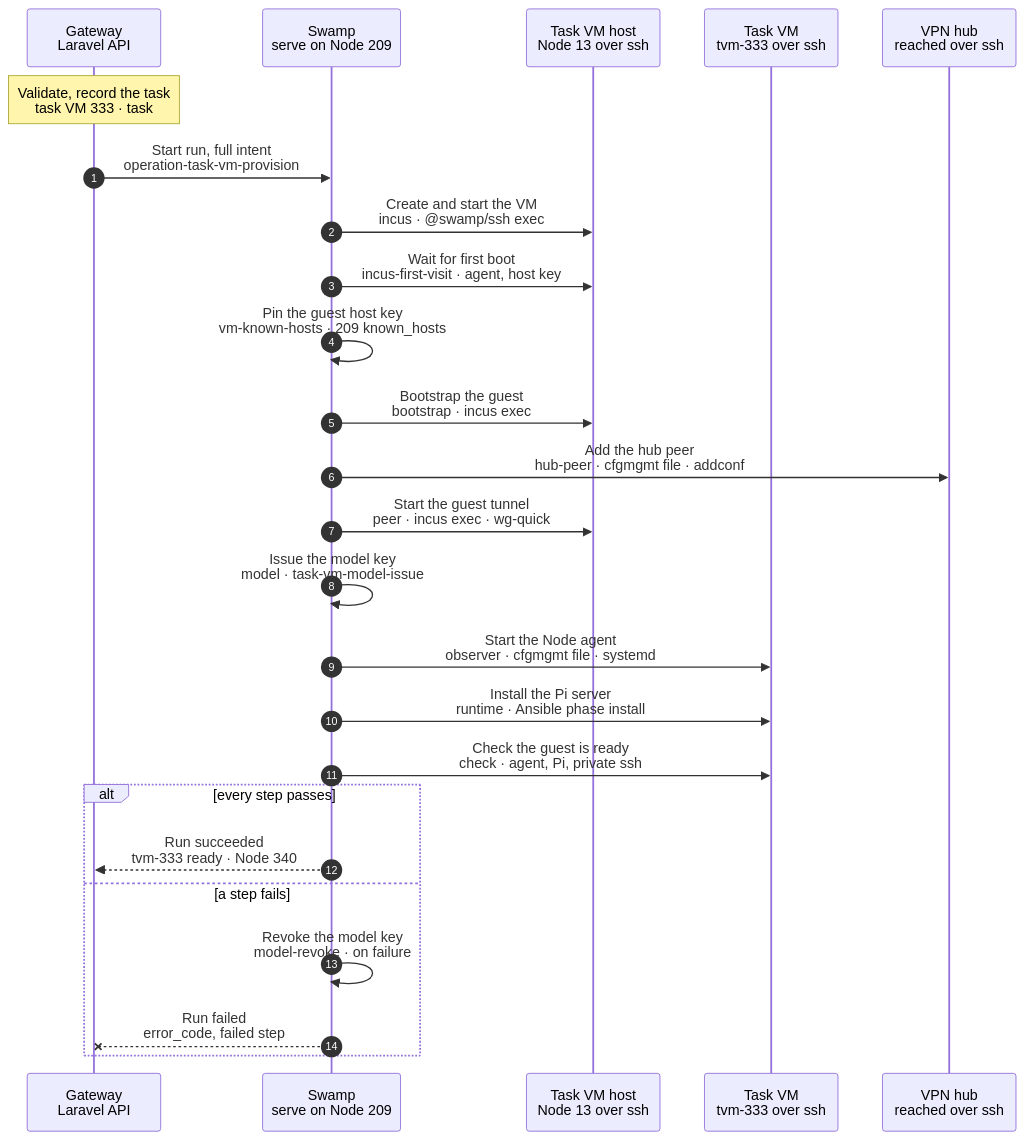
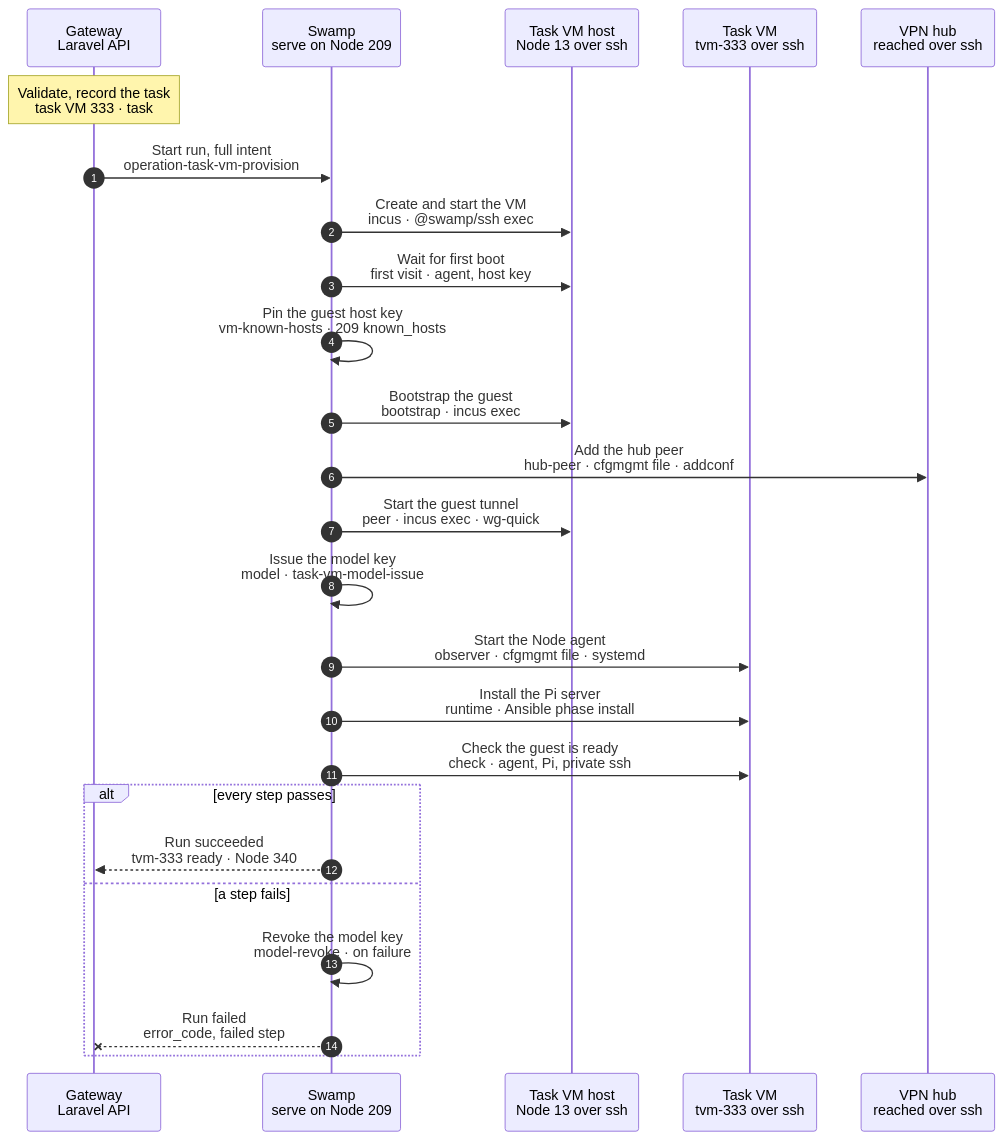
The diagram in docs/cli/tasks/vm-provision.mmd (hardimpactdev/orbit), drawn with Mermaid before and after one commit.

Commit message:
docs(task-vms): keep the first-visit label short

```diff
--- a/docs/cli/tasks/vm-provision.mmd
+++ b/docs/cli/tasks/vm-provision.mmd
@@ -1,131 +1,131 @@
 sequenceDiagram
   %% Target design: swamp/workflows/workflow-operation-task-vm-provision.yaml (+ task-vm-provision, provider-incus, incus-first-visit, enrollment, ssh-prepare, model-issue, runtime children), docs/reference/compute-drivers.md, docs/reference/task-vm-native-provision.md, docs/reference/tasks.md, DECISIONS R1-R4.
   %% Tightened: flow-tighten 2026-11-02, rules 1, 2, 3, 6, 9, 14, 15, 16, 18, 19, 20, 22 (provider, first boot, bootstrap and peer steps merged; no input-check, decode or report steps; cfgmgmt on the pinned guest; one end check).
   %% status: draft
   %% command: none · task VM claim for a task group
   %% kind: task_vm.provision
   autonumber
   %% lane GW icon=gateway pill=intent tone=blue
   %% lane SW icon=workflow pill=executes tone=green
   %% lane H icon=server pill=target tone=amber
   %% lane VM icon=server pill=target tone=purple
   %% lane HUB icon=server pill=target tone=purple
   participant GW as Gateway<br/>Laravel API
   participant SW as Swamp<br/>serve on Node 209
   participant H as Task VM host<br/>Node 13 over ssh
   participant VM as Task VM<br/>tvm-333 over ssh
   participant HUB as VPN hub<br/>reached over ssh
   Note over GW: Validate, record the task<br/>task VM 333 · task #5181 · Node 13
   %%> Started by:
   %%> - `AllocateTaskVmAction`, when a task group claims a VM; there is no CLI command
   %%> - an owning Task parent captures the same intent and runs these steps in its own run
   %%> Requirements:
   %%> - task VM 333 is `provisioning`, with its Placement on Node 13 and the promoted recipe image
   %%> - no other task holds `task_vm:333`; a repeated admission returns the same open task
   %%> Result:
   %%> - task #5181 records the full intent: provider, host, image, size, guest Node 340, hub peer file, observer files, Pi Process and model key record
   %%> - vault copies for the model key, Pi token, Pi models and provider bootstrap; the intent holds only their vault key names
   GW->>SW: Start run, full intent<br/>operation-task-vm-provision
   %%> What it does:
   %%> - starts one Swamp run on serve (Node 209)
   %%> Inputs:
   %%> - `operation_id`, `node_id`, `kind`, the intent and `execution_secrets` as vault key names
   %%> - the input schema validates the intent; no `eligible` assert or `provider-plan` decode step re-checks it
   SW->>H: Create and start the VM<br/>incus · @swamp/ssh exec
   %%> What it does:
   %%> - one `incus launch` argv on Node 13 creates and starts `tvm-333` from the admitted image, with its metadata and the read-only package cache
   %%> - a `guard` skips it when `tvm-333` already runs the admitted image, so a resumed run allocates no second VM
   %%> - a topology group clones its seed volume in the same step
   %%> Per provider:
   %%> - UpCloud overflow: the `cloud` step creates the labelled server through the API from 209, with the token from the vault
   %%> Replaces:
   %%> - `observe-vm`, `plan`, `observe-seed`, `seed-plan`, `clone-seed`, `seed-ready`, `initialize-vm`, `read-metadata`, `metadata`, `write-metadata`, `start-vm`, `inspect-created-vm` and `provider`
-  SW->>H: Wait for first boot<br/>incus-first-visit · agent, host key
+  SW->>H: Wait for first boot<br/>first visit · agent, host key
   %%> What it does:
   %%> - one bounded argv: `incus wait tvm-333 agent --timeout 120`, then `cloud-init status --wait`, then prints the guest's public SSH host key
   %%> Decided by the orchestrator, for Nick's review (2026-11-06): the first wait is `incus wait tvm-333 agent --timeout 120`, as the slot start does: `cloud-init status --wait` runs through `incus exec`, which fails at once while the VM agent is not running (enrol 12264)
   %%> Why:
   %%> - the provider observation is the trusted source of the guest's host key
   %%> Replaces:
   %%> - `guest-available`, `cloud-init`, `guest-key` and the `guest` decode step
   SW->>SW: Pin the guest host key<br/>vm-known-hosts · 209 known_hosts
   %%> What it does:
   %%> - replaces any entry for the guest's address in the 209 worker's `known_hosts` with the observed key
   %%> Why:
   %%> - official cfgmgmt takes no pinned key and task VMs reuse addresses; without this, a stale entry fails every cfgmgmt step
   %%> Held open:
   %%> - a 209 shell step until cfgmgmt accepts a pinned host key
   SW->>H: Bootstrap the guest<br/>bootstrap · incus exec
   %%> What it does:
   %%> - through `incus exec` on Node 13: the managed account, 209's authorized key, passwordless sudo, sshd with TCP 22 only from 209's WireGuard address, the firewall rules that also let 209 and the Gateway reach Pi on TCP 3774, and a new WireGuard key whose public half it prints
   %%> Decided by the orchestrator, for Nick's review (2026-11-06): the same firewall step allows TCP 443 on the `orbit` interface (`orbit:task-vm-site`), and the hub's task VM filter lets 209 in on 443 (`orbit:task-vm-control-web`) beside its SSH rule, so the Cluster router and 209's TLS probe reach a routed workspace; Pi and SSH stay limited to 209 and the Gateway, so the Node's full WireGuard member trust is not applied
   %%> - each phase is one argv the Gateway rendered; no step reads bootstrap assets
   %%> Replaces:
   %%> - the five `bootstrap-*` exec and `-assets` pairs, `peer-key-command`, `peer-key` and the `ssh-prepare` child
   %%> - `package`: the recipe image ships `openssh-server` (rule 2)
   SW->>HUB: Add the hub peer<br/>hub-peer · cfgmgmt file · addconf
   %%> What it does:
   %%> - `@swamp/cfgmgmt/file` writes `orbit-peers.d/340.conf` on the hub, then `wg addconf orbit` loads only that peer
   %%> Why:
   %%> - no other peer changes, so overlapping enrollments never drop each other
   SW->>H: Start the guest tunnel<br/>peer · incus exec · wg-quick
   %%> What it does:
   %%> - writes the guest's `orbit.conf` and DNS marker, then `systemctl enable --now wg-quick@orbit`
   %%> - from here Swamp reaches tvm-333 directly over WireGuard
   %%> Replaces:
   %%> - `peer-publish-command`, `peer-enable`, `peer-start` and `peer-dns-command`
   SW->>SW: Issue the model key<br/>model · task-vm-model-issue
   %%> What it does:
   %%> - adds VM 333's model key on the model router from 209 and confirms the anchor key stays
   %%> - two Ansible phases on 209, `anchor` and `issue`: HTTPS calls to the router, no script
   %%> When:
   %%> - in parallel from the start of the run; it touches no guest (rule 18)
   %%> Held open:
   %%> - one 209 script until an official HTTP behavior covers the router API; seven steps become one
   SW->>VM: Start the Node agent<br/>observer · cfgmgmt file · systemd
   %%> What it does:
   %%> - `@swamp/cfgmgmt/file` writes the agent identity, `config.toml` and `ca.pem`; `@swamp/cfgmgmt/systemd` installs and starts `orbit-agent`
   %%> - today the steps are `observer-group` (one `groupadd -f --system orbit-env` argv, since the unit names that group) and `observer-unit`
   %%> - `observer-identity-create` makes the secret with `openssl rand -hex`, and `observer-identity-trim` cuts the file to its 64 characters, because the agent trims the file and the Gateway checks `sha256` of the trimmed value; `observer-identity` records that digest
   %%> - the Gateway makes the agent secret at admission, as for `node:add`, and keeps its hash; `observer-identity-create` writes the vault copy `agent-secret-node-<id>` on stdin of one `install` (0600, no newline), and `observer-identity` proves the file hashes to that value
   %%> - runs beside the Pi install
   %%> Replaces:
   %%> - `observer-identity`, `observer-configuration`, `observer-ca`, `observer-unit`, `observer-reload` and `observer-start` (inline Python writes)
   SW->>VM: Install the Pi server<br/>runtime · Ansible phase install
   %%> What it does:
   %%> - fetches the pinned Pi build to 209 and checks its digest there
   %%> - Ansible phase `install`, over SSH with the pinned guest host key: copies the build (its digest is checked on the staged file first), writes the Orbit root (under the image's name `orbit-root.crt` and the fleet's `orbit-managed-root-ca.crt`), the Pi models and the Pi token (0600, from `vault.get` through the environment, `no_log`), installs the unit, and restarts `pi-server` when a file changed
   %%> Decided by the orchestrator, for Nick's review (2026-11-06): the fleet's name is the file a Route writes; with it in place, the first Route on the VM keeps the CA store (op 12259 rebuilt it in 2.3 s).
   %%> Decided by the orchestrator, for Nick's review (2026-11-06): the phase also creates the app-dev runtime folders and tmpfiles file (`AppDevRuntimeFootprint`, the same list the app-dev role add applies), because the VM records the app-dev role and a served workspace site writes its hibernation log to `/data/caddy/orbit/hibernation`; a ready slot gets them at its enrol, and slots enrolled before are replaced through the pool (its setting cleared, then set again)
   %%> - Ansible phase `check`: the service is active and `/capabilities` answers 200 to the bearer
   %%> - the run folder, with the staged build, is removed in a last job
   %%> - not `@swamp/cfgmgmt`: it cannot pin a host key toward a task VM
   %%> Replaces:
   %%> - the eleven `task-vm-runtime` guest steps; its `result` step stays, because enrollment reads it
   SW->>VM: Check the guest is ready<br/>check · agent, Pi, private ssh
   %%> What it does:
   %%> - one pinned exec over WireGuard collects `orbit-agent` and `pi-server` state and the Pi capabilities on the bind address; Swamp's `assert` checks them
   %%> Replaces:
   %%> - `verify`, `Check the Pi service`, `Probe the Pi server`, `receipt`, both `result` steps and the root `result` print (rules 9, 14)
   alt every step passes
     SW-->>GW: Run succeeded<br/>tvm-333 ready · Node 340
     %%> How the Gateway learns it:
     %%> - its run reader sees the terminal event and reads the `check` step's outputs
     %%> Result:
     %%> - records the guest host key with `RecordNodeSshHostKeyAction`, the WireGuard key, observer identity and the `pi-server` Process
     %%> - task VM 333 is `ready`; task #5181 succeeds
   else a step fails
     SW->>SW: Revoke the model key<br/>model-revoke · on failure
     %%> When:
     %%> - `dependsOn` the failed step with condition `failed` (rule 19)
     %%> What it does:
     %%> - revokes any issued model key; for UpCloud, `cloud-prefix-rollback` also deletes the unready server
     %%> On the Node:
     %%> - the Incus VM and a published hub peer stay for diagnosis; the next hub convergence drops the peer
     SW--xGW: Run failed<br/>error_code, failed step
     %%> Result:
     %%> - task #5181 fails; task VM 333 is `failed` with the error and keeps its cleanup intent
     %%> - the group asks for assistance; `tasks:cancel` destroys the VM
     %%> Retry:
     %%> - the guards skip finished work on a resumed run
   end
```
